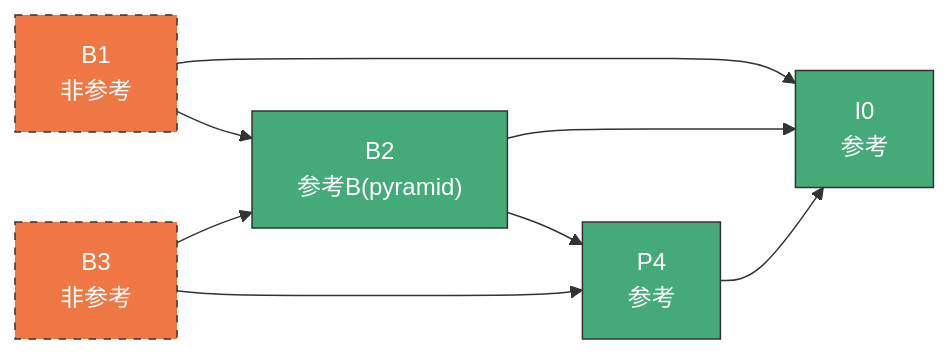
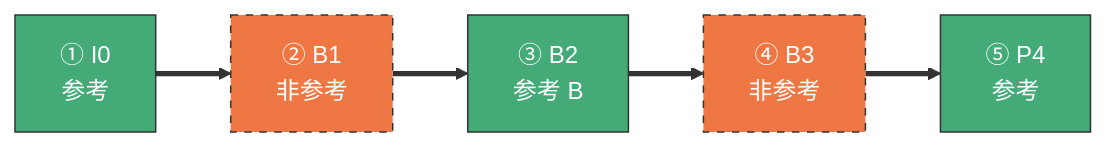
Before and after one commit to ltlovezh/FFmpeg: the second of 6 diagrams in articles/seek-nonref-frame-dropping.md, drawn with Mermaid. The commit also changed other lines of this file and 1 other file, not shown here.

````diff
--- a/articles/seek-nonref-frame-dropping.md
+++ b/articles/seek-nonref-frame-dropping.md
@@ -95,15 +121,12 @@
 ```mermaid
 flowchart LR
-    B1["B1<br/>非参考"] --> I0["I0<br/>参考"]
-    B1 --> B2["B2<br/>参考B(pyramid)"]
-    B2 --> I0
-    B2 --> P4["P4<br/>参考"]
-    B3["B3<br/>非参考"] --> B2
-    B3 --> P4
-    P4 --> I0
+    I0["① I0<br/>参考"] ==> B1["② B1<br/>非参考"]
+    B1 ==> B2["③ B2<br/>参考 B"]
+    B2 ==> B3["④ B3<br/>非参考"]
+    B3 ==> P4["⑤ P4<br/>参考"]
 
     classDef ref fill:#4a7,stroke:#333,color:#fff
     classDef nonref fill:#e74,stroke:#333,color:#fff,stroke-dasharray: 5 5
     class I0,P4,B2 ref
     class B1,B3 nonref
 ```
````
